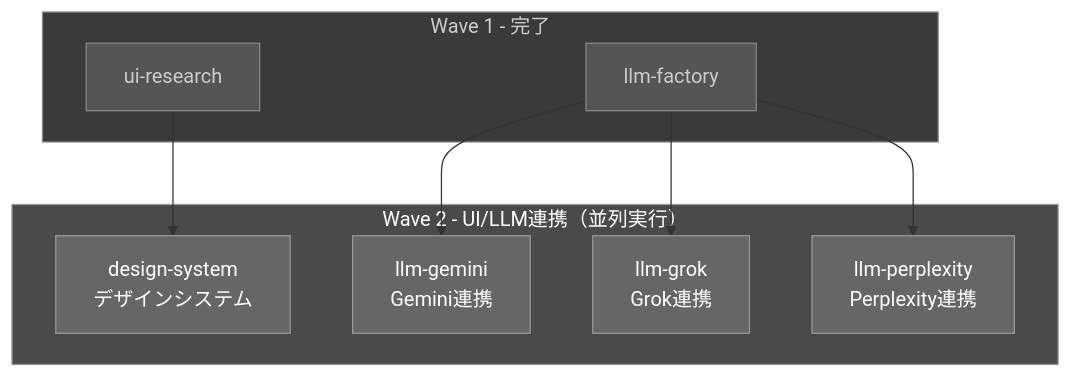
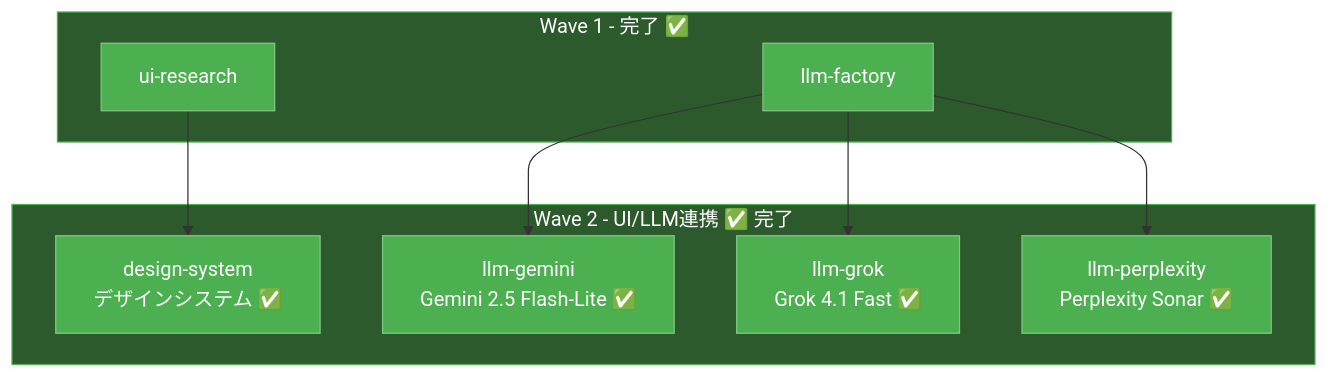
One commit to langcore-org/united-productions-web changed the second of 5 diagrams in docs/initial_dev/agent-swarm-guide.md. Above: the diagram before and after it, drawn with Mermaid. The commit also changed other lines of this file and 31 other files, not shown here.

````diff
--- a/docs/initial_dev/agent-swarm-guide.md
+++ b/docs/initial_dev/agent-swarm-guide.md
@@ -104,28 +136,28 @@
 ```mermaid
 flowchart TD
-    subgraph Wave1["Wave 1 - 完了"]
+    subgraph Wave1["Wave 1 - 完了 ✅"]
         A[ui-research]
         D[llm-factory]
     end
     
-    subgraph Wave2["Wave 2 - UI/LLM連携（並列実行）"]
-        E[design-system<br/>デザインシステム]
-        F[llm-gemini<br/>Gemini連携]
-        G[llm-grok<br/>Grok連携]
-        H[llm-perplexity<br/>Perplexity連携]
+    subgraph Wave2["Wave 2 - UI/LLM連携 ✅ 完了"]
+        E[design-system<br/>デザインシステム ✅]
+        F[llm-gemini<br/>Gemini 2.5 Flash-Lite ✅]
+        G[llm-grok<br/>Grok 4.1 Fast ✅]
+        H[llm-perplexity<br/>Perplexity Sonar ✅]
     end
     
     A --> E
     D --> F
     D --> G
     D --> H
     
-    style Wave1 fill:#3a3a3a,stroke:#888,color:#ccc
-    style Wave2 fill:#4a4a4a,stroke:#999,color:#fff
-    style A fill:#555,stroke:#888,color:#ccc
-    style D fill:#555,stroke:#888,color:#ccc
-    style E fill:#666,stroke:#999,color:#fff
-    style F fill:#666,stroke:#999,color:#fff
-    style G fill:#666,stroke:#999,color:#fff
-    style H fill:#666,stroke:#999,color:#fff
+    style Wave1 fill:#2d5a2d,stroke:#4caf50,color:#fff
+    style Wave2 fill:#2d5a2d,stroke:#4caf50,color:#fff
+    style A fill:#4caf50,stroke:#81c784,color:#fff
+    style D fill:#4caf50,stroke:#81c784,color:#fff
+    style E fill:#4caf50,stroke:#81c784,color:#fff
+    style F fill:#4caf50,stroke:#81c784,color:#fff
+    style G fill:#4caf50,stroke:#81c784,color:#fff
+    style H fill:#4caf50,stroke:#81c784,color:#fff
 ```
````
